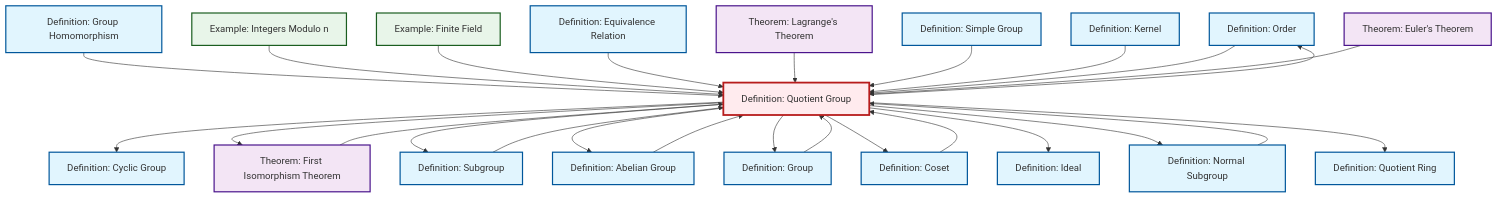
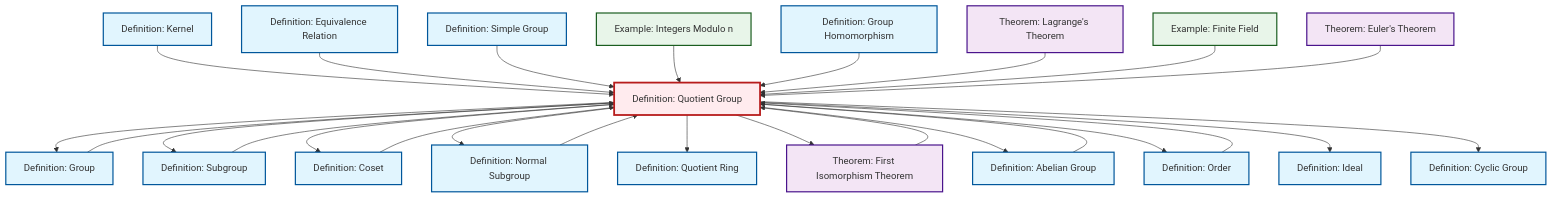
Before and after one commit to RK0429/ModernMath: the diagram in content/en/algebra/def-quotient-group.qmd, drawn with Mermaid. The commit also changed other lines of this file and 619 other files, not shown here.

````diff
--- a/content/en/algebra/def-quotient-group.qmd
+++ b/content/en/algebra/def-quotient-group.qmd
@@ -148,72 +148,72 @@
 ```{mermaid}
 %%| fig-cap: "Local dependency graph"
 graph TD
     classDef definition fill:#e1f5fe,stroke:#01579b,stroke-width:2px
     classDef theorem fill:#f3e5f5,stroke:#4a148c,stroke-width:2px
     classDef axiom fill:#fff3e0,stroke:#e65100,stroke-width:2px
     classDef example fill:#e8f5e9,stroke:#1b5e20,stroke-width:2px
     classDef current fill:#ffebee,stroke:#b71c1c,stroke-width:3px
-    def-order["Definition: Order"]:::definition
-    ex-quotient-integers-mod-n["Example: Integers Modulo n"]:::example
     def-ideal["Definition: Ideal"]:::definition
-    def-kernel["Definition: Kernel"]:::definition
-    def-normal-subgroup["Definition: Normal Subgroup"]:::definition
-    thm-first-isomorphism["Theorem: First Isomorphism Theorem"]:::theorem
-    def-subgroup["Definition: Subgroup"]:::definition
-    def-cyclic-group["Definition: Cyclic Group"]:::definition
-    def-homomorphism["Definition: Group Homomorphism"]:::definition
+    thm-euler["Theorem: Euler's Theorem"]:::theorem
     def-equivalence-relation["Definition: Equivalence Relation"]:::definition
     def-quotient-ring["Definition: Quotient Ring"]:::definition
+    def-normal-subgroup["Definition: Normal Subgroup"]:::definition
+    ex-finite-field["Example: Finite Field"]:::example
+    def-cyclic-group["Definition: Cyclic Group"]:::definition
+    def-subgroup["Definition: Subgroup"]:::definition
+    ex-quotient-integers-mod-n["Example: Integers Modulo n"]:::example
+    def-simple-group["Definition: Simple Group"]:::definition
+    def-order["Definition: Order"]:::definition
+    def-abelian-group["Definition: Abelian Group"]:::definition
+    thm-lagrange["Theorem: Lagrange's Theorem"]:::theorem
     def-group["Definition: Group"]:::definition
-    ex-finite-field["Example: Finite Field"]:::example
-    thm-lagrange["Theorem: Lagrange's Theorem"]:::theorem
+    def-kernel["Definition: Kernel"]:::definition
+    thm-first-isomorphism["Theorem: First Isomorphism Theorem"]:::theorem
+    def-quotient-group["Definition: Quotient Group"]:::definition
     def-coset["Definition: Coset"]:::definition
-    def-quotient-group["Definition: Quotient Group"]:::definition
-    def-simple-group["Definition: Simple Group"]:::definition
-    thm-euler["Theorem: Euler's Theorem"]:::theorem
-    def-abelian-group["Definition: Abelian Group"]:::definition
+    def-homomorphism["Definition: Group Homomorphism"]:::definition
+    thm-first-isomorphism --> def-quotient-group
+    def-kernel --> def-quotient-group
+    def-equivalence-relation --> def-quotient-group
+    def-quotient-group --> def-group
+    def-simple-group --> def-quotient-group
+    ex-quotient-integers-mod-n --> def-quotient-group
+    def-abelian-group --> def-quotient-group
+    def-quotient-group --> def-subgroup
+    def-quotient-group --> def-coset
+    def-normal-subgroup --> def-quotient-group
+    def-quotient-group --> def-normal-subgroup
+    def-group --> def-quotient-group
     def-homomorphism --> def-quotient-group
-    def-normal-subgroup --> def-quotient-group
-    ex-quotient-integers-mod-n --> def-quotient-group
-    def-quotient-group --> def-cyclic-group
+    thm-lagrange --> def-quotient-group
     ex-finite-field --> def-quotient-group
-    def-quotient-group --> def-order
-    thm-first-isomorphism --> def-quotient-group
-    def-quotient-group --> thm-first-isomorphism
-    def-quotient-group --> def-subgroup
-    def-equivalence-relation --> def-quotient-group
-    thm-lagrange --> def-quotient-group
-    def-simple-group --> def-quotient-group
-    def-quotient-group --> def-abelian-group
-    def-kernel --> def-quotient-group
-    def-quotient-group --> def-group
-    def-quotient-group --> def-coset
     def-subgroup --> def-quotient-group
     def-order --> def-quotient-group
+    def-quotient-group --> def-quotient-ring
+    def-quotient-group --> thm-first-isomorphism
+    def-quotient-group --> def-abelian-group
+    def-quotient-group --> def-order
+    def-coset --> def-quotient-group
     def-quotient-group --> def-ideal
-    def-quotient-group --> def-normal-subgroup
-    def-group --> def-quotient-group
-    def-abelian-group --> def-quotient-group
-    def-quotient-group --> def-quotient-ring
-    def-coset --> def-quotient-group
     thm-euler --> def-quotient-group
+    def-quotient-group --> def-cyclic-group
     class def-quotient-group current
-    click def-order "def-order.html" "Go to Order definition"
-    click ex-quotient-integers-mod-n "ex-quotient-integers-mod-n.html" "Go to Integers Modulo n example"
     click def-ideal "def-ideal.html" "Go to Ideal definition"
-    click def-kernel "def-kernel.html" "Go to Kernel definition"
-    click def-normal-subgroup "def-normal-subgroup.html" "Go to Normal Subgroup definition"
-    click thm-first-isomorphism "thm-first-isomorphism.html" "Go to First Isomorphism Theorem theorem"
-    click def-subgroup "def-subgroup.html" "Go to Subgroup definition"
-    click def-cyclic-group "def-cyclic-group.html" "Go to Cyclic Group definition"
-    click def-homomorphism "def-homomorphism.html" "Go to Group Homomorphism definition"
+    click thm-euler "thm-euler.html" "Go to Euler's Theorem theorem"
     click def-equivalence-relation "def-equivalence-relation.html" "Go to Equivalence Relation definition"
     click def-quotient-ring "def-quotient-ring.html" "Go to Quotient Ring definition"
+    click def-normal-subgroup "def-normal-subgroup.html" "Go to Normal Subgroup definition"
+    click ex-finite-field "ex-finite-field.html" "Go to Finite Field example"
+    click def-cyclic-group "def-cyclic-group.html" "Go to Cyclic Group definition"
+    click def-subgroup "def-subgroup.html" "Go to Subgroup definition"
+    click ex-quotient-integers-mod-n "ex-quotient-integers-mod-n.html" "Go to Integers Modulo n example"
+    click def-simple-group "def-simple-group.html" "Go to Simple Group definition"
+    click def-order "def-order.html" "Go to Order definition"
+    click def-abelian-group "def-abelian-group.html" "Go to Abelian Group definition"
+    click thm-lagrange "thm-lagrange.html" "Go to Lagrange's Theorem theorem"
     click def-group "def-group.html" "Go to Group definition"
-    click ex-finite-field "ex-finite-field.html" "Go to Finite Field example"
-    click thm-lagrange "thm-lagrange.html" "Go to Lagrange's Theorem theorem"
+    click def-kernel "def-kernel.html" "Go to Kernel definition"
+    click thm-first-isomorphism "thm-first-isomorphism.html" "Go to First Isomorphism Theorem theorem"
     click def-coset "def-coset.html" "Go to Coset definition"
-    click def-simple-group "def-simple-group.html" "Go to Simple Group definition"
-    click thm-euler "thm-euler.html" "Go to Euler's Theorem theorem"
-    click def-abelian-group "def-abelian-group.html" "Go to Abelian Group definition"
+    click def-homomorphism "def-homomorphism.html" "Go to Group Homomorphism definition"
 ```
````
